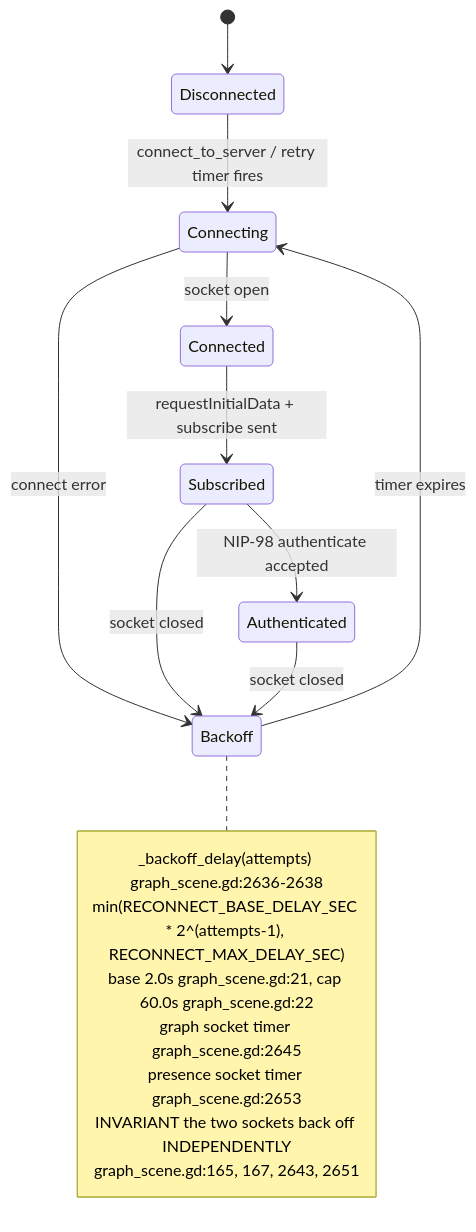
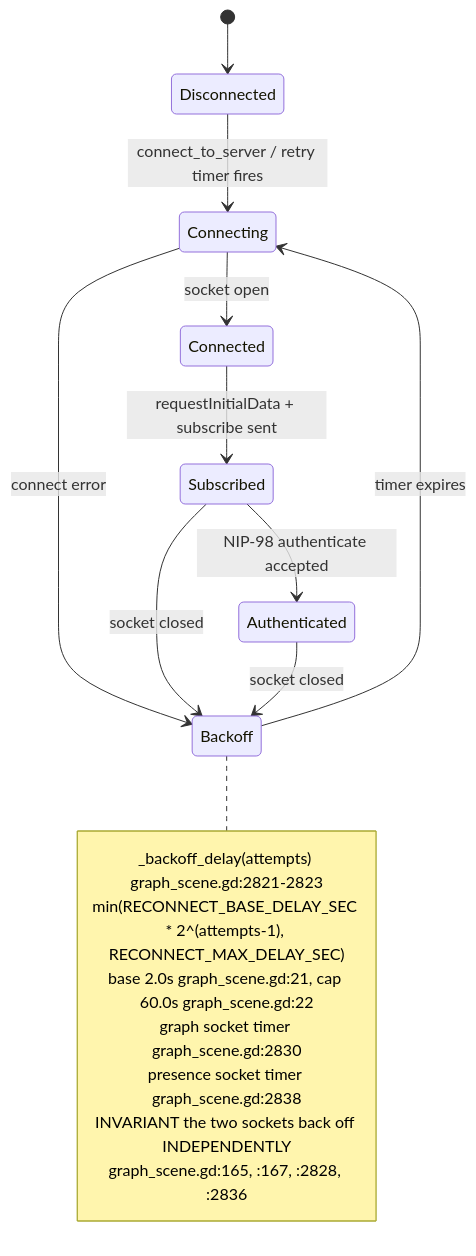
Before and after one commit to DreamLab-AI/VisionFlow: the fourth of 26 diagrams in docs/diagrams/visionclaw/36-godot-xr-client.md, drawn with Mermaid. The commit also changed other lines of this file and 26 other files, not shown here.

First line of the commit message:
docs(diagrams): re-verify solid-pod-rs, nostr-rust-forum and visionclaw 22/36 against HEAD

````diff
--- a/docs/diagrams/visionclaw/36-godot-xr-client.md
+++ b/docs/diagrams/visionclaw/36-godot-xr-client.md
@@ -213,21 +232,21 @@
 ```mermaid
 stateDiagram-v2
     [*] --> Disconnected
     Disconnected --> Connecting: connect_to_server / retry timer fires
     Connecting --> Connected: socket open
     Connecting --> Backoff: connect error
     Connected --> Subscribed: requestInitialData + subscribe sent
     Subscribed --> Authenticated: NIP-98 authenticate accepted
     Subscribed --> Backoff: socket closed
     Authenticated --> Backoff: socket closed
     Backoff --> Connecting: timer expires
     note right of Backoff
-        _backoff_delay(attempts) graph_scene.gd:2636-2638
+        _backoff_delay(attempts) graph_scene.gd:2821-2823
         min(RECONNECT_BASE_DELAY_SEC * 2^(attempts-1), RECONNECT_MAX_DELAY_SEC)
         base 2.0s graph_scene.gd:21, cap 60.0s graph_scene.gd:22
-        graph socket timer graph_scene.gd:2645
-        presence socket timer graph_scene.gd:2653
+        graph socket timer graph_scene.gd:2830
+        presence socket timer graph_scene.gd:2838
         INVARIANT the two sockets back off INDEPENDENTLY
-        graph_scene.gd:165, 167, 2643, 2651
+        graph_scene.gd:165, :167, :2828, :2836
     end note
 ```
````
